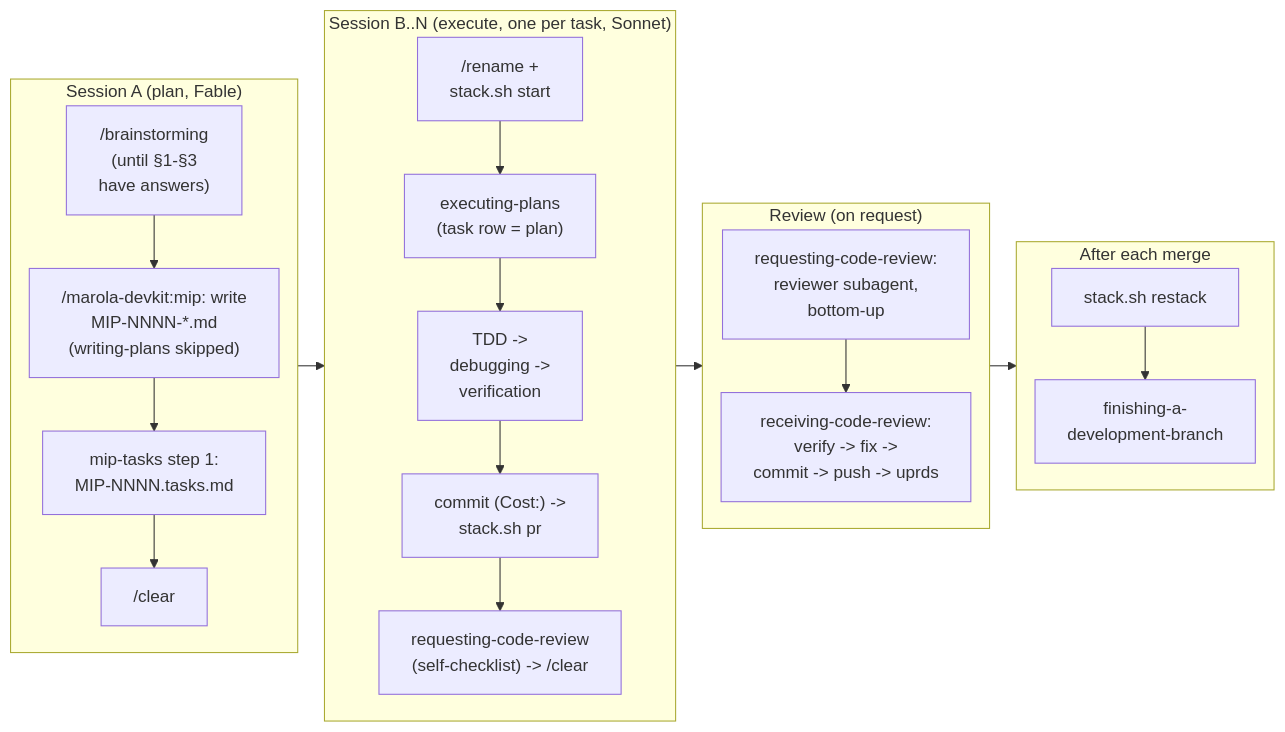
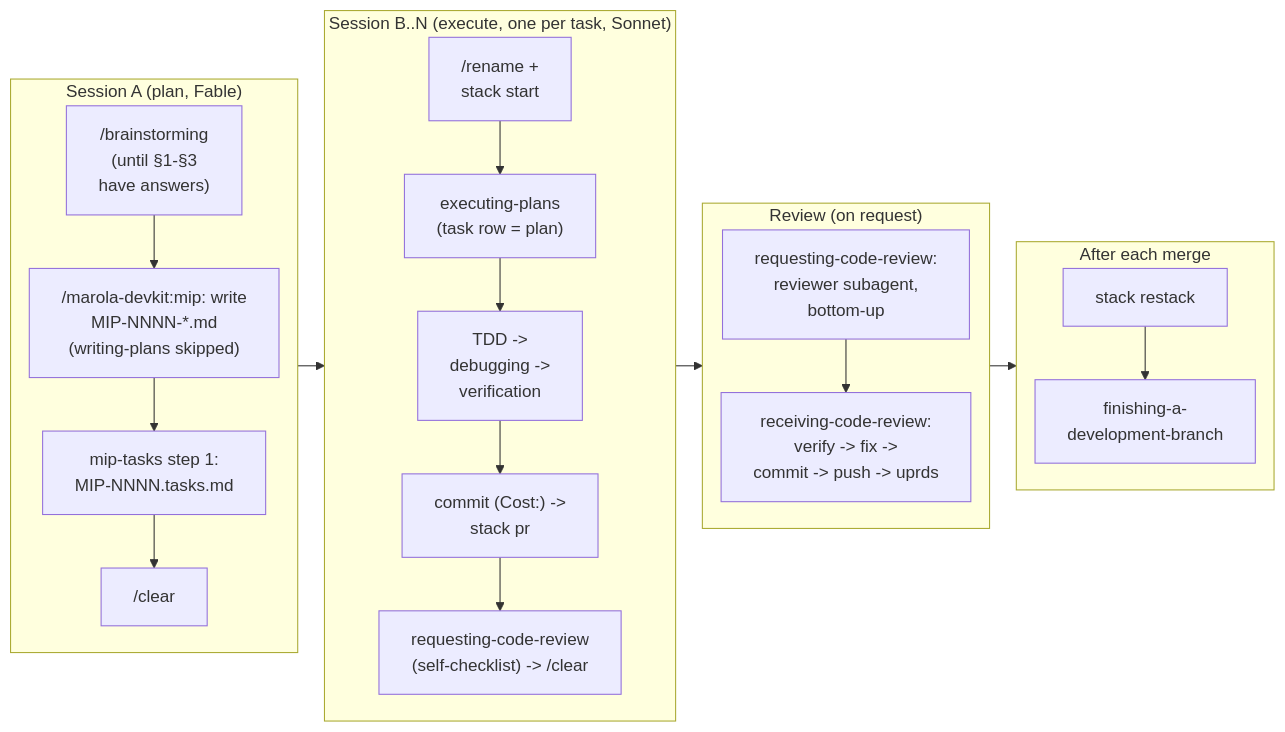
One commit to marola-dev/marola changed the diagram in docs/3-Working-on-the-repo/AGENT-SKILLS.md. Above: the diagram before and after it, drawn with Mermaid. The commit also changed other lines of this file and 6 other files, not shown here.

````diff
--- a/docs/3-Working-on-the-repo/AGENT-SKILLS.md
+++ b/docs/3-Working-on-the-repo/AGENT-SKILLS.md
@@ -70,34 +70,34 @@
 ```mermaid
 %%{init: {"flowchart": {"nodeSpacing": 15, "rankSpacing": 25}}}%%
 flowchart LR
   subgraph sessionA["Session A (plan, Fable)"]
     direction TB
     a1["/brainstorming<br/>(until §1-§3<br/>have answers)"]
     a2["/marola-devkit:mip: write<br/>MIP-NNNN-*.md<br/>(writing-plans skipped)"]
     a3["mip-tasks step 1:<br/>MIP-NNNN.tasks.md"]
     a4["/clear"]
     a1 --> a2 --> a3 --> a4
   end
   subgraph sessionBN["Session B..N (execute, one per task, Sonnet)"]
     direction TB
-    b1["/rename +<br/>stack.sh start"]
+    b1["/rename +<br/>stack start"]
     b2["executing-plans<br/>(task row = plan)"]
     b3["TDD -><br/>debugging -><br/>verification"]
-    b4["commit (Cost:) -><br/>stack.sh pr"]
+    b4["commit (Cost:) -><br/>stack pr"]
     b5["requesting-code-review<br/>(self-checklist) -> /clear"]
     b1 --> b2 --> b3 --> b4 --> b5
   end
   subgraph reviewSession["Review (on request)"]
     direction TB
     r1["requesting-code-review:<br/>reviewer subagent,<br/>bottom-up"]
     r2["receiving-code-review:<br/>verify -> fix -><br/>commit -> push -> uprds"]
     r1 --> r2
   end
   subgraph afterMerge["After each merge"]
     direction TB
-    m1["stack.sh restack"]
+    m1["stack restack"]
     m2["finishing-a-<br/>development-branch"]
     m1 --> m2
   end
   sessionA --> sessionBN --> reviewSession --> afterMerge
 ```
````
